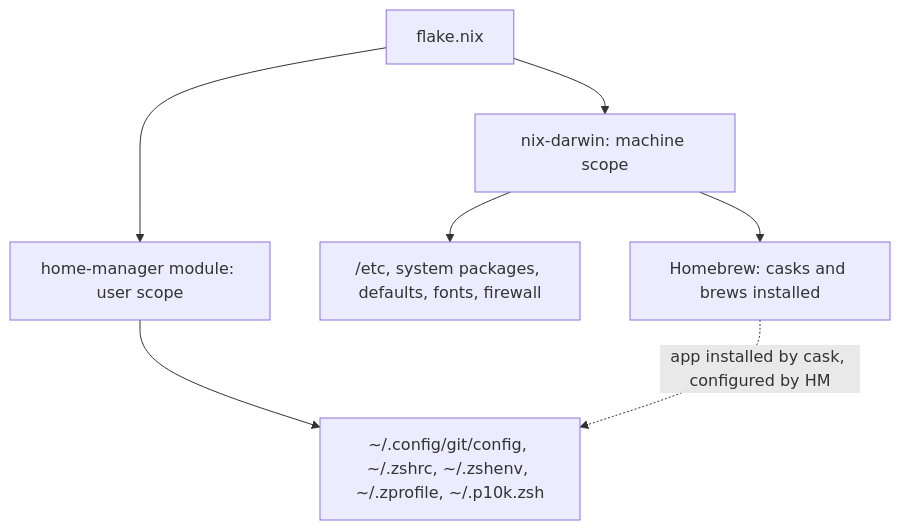
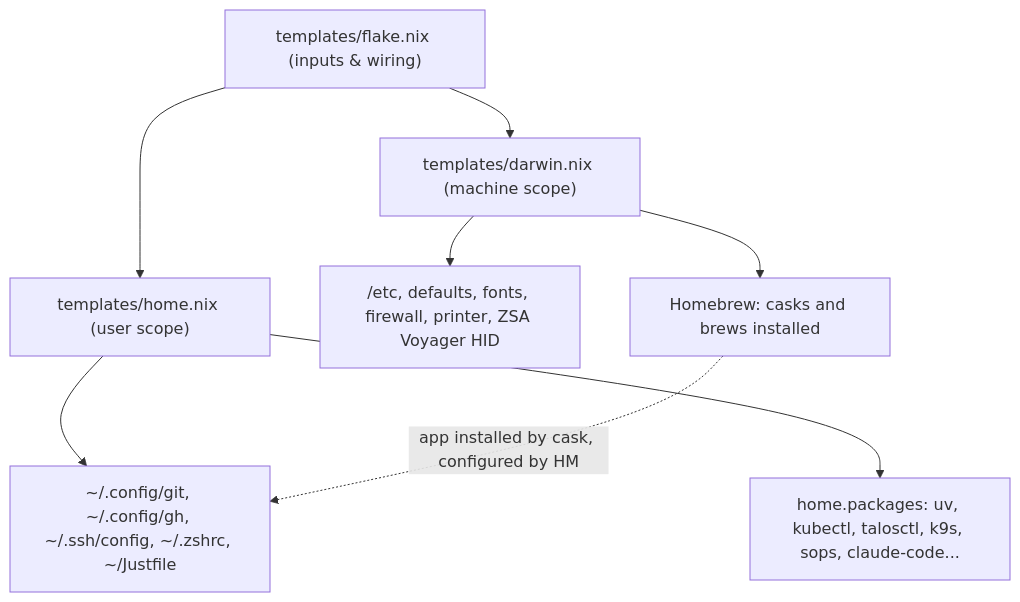
Before and after one commit to bar2sek/personal-technology: the diagram in nix-mac/Home Manager Guide.md, drawn with Mermaid. The commit also changed other lines of this file and 8 other files, not shown here.

First line of the commit message:
Add macOS configuration and user environment setup for Nix-based system

````diff
--- a/nix-mac/Home Manager Guide.md
+++ b/nix-mac/Home Manager Guide.md
@@ -20,9 +20,10 @@
 ```mermaid
 graph TD
-  F[flake.nix] --> D[nix-darwin: machine scope]
-  F --> H[home-manager module: user scope]
-  D --> E["/etc, system packages, defaults, fonts, firewall"]
-  D --> B[Homebrew: casks and brews installed]
-  H --> U["~/.config/git/config, ~/.zshrc, ~/.zshenv, ~/.zprofile, ~/.p10k.zsh"]
+  F["templates/flake.nix (inputs & wiring)"] --> D["templates/darwin.nix (machine scope)"]
+  F --> H["templates/home.nix (user scope)"]
+  D --> E["/etc, defaults, fonts, firewall, printer, ZSA Voyager HID"]
+  D --> B["Homebrew: casks and brews installed"]
+  H --> P["home.packages: uv, kubectl, talosctl, k9s, sops, claude-code..."]
+  H --> U["~/.config/git, ~/.config/gh, ~/.ssh/config, ~/.zshrc, ~/Justfile"]
   B -. app installed by cask, configured by HM .-> U
 ```
````
